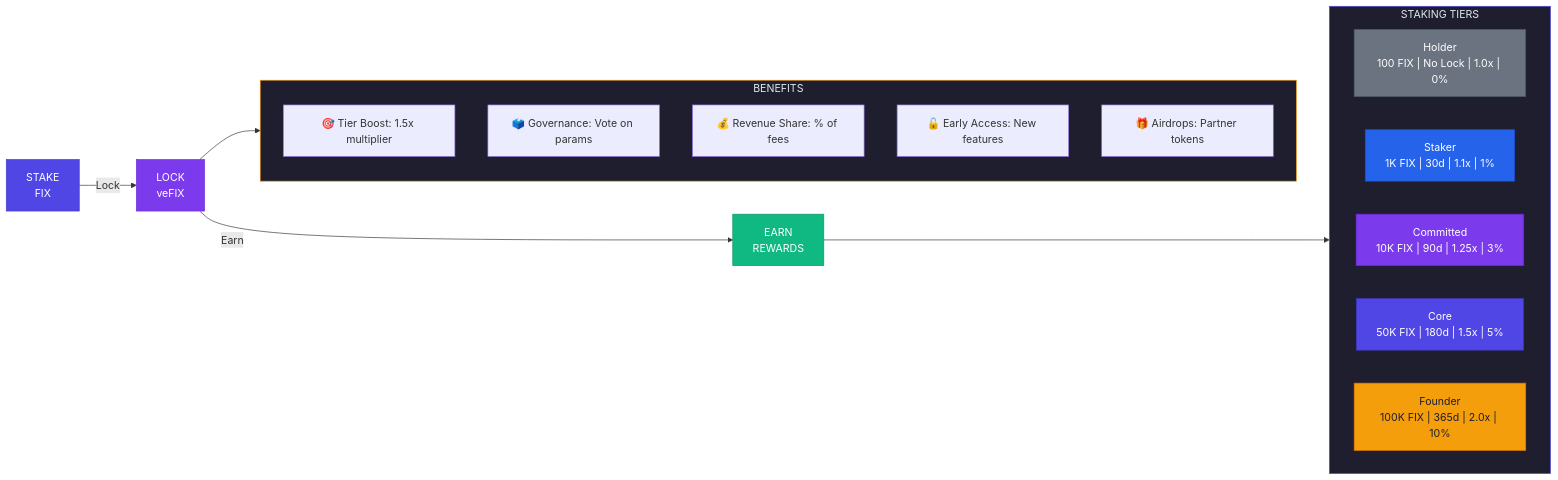
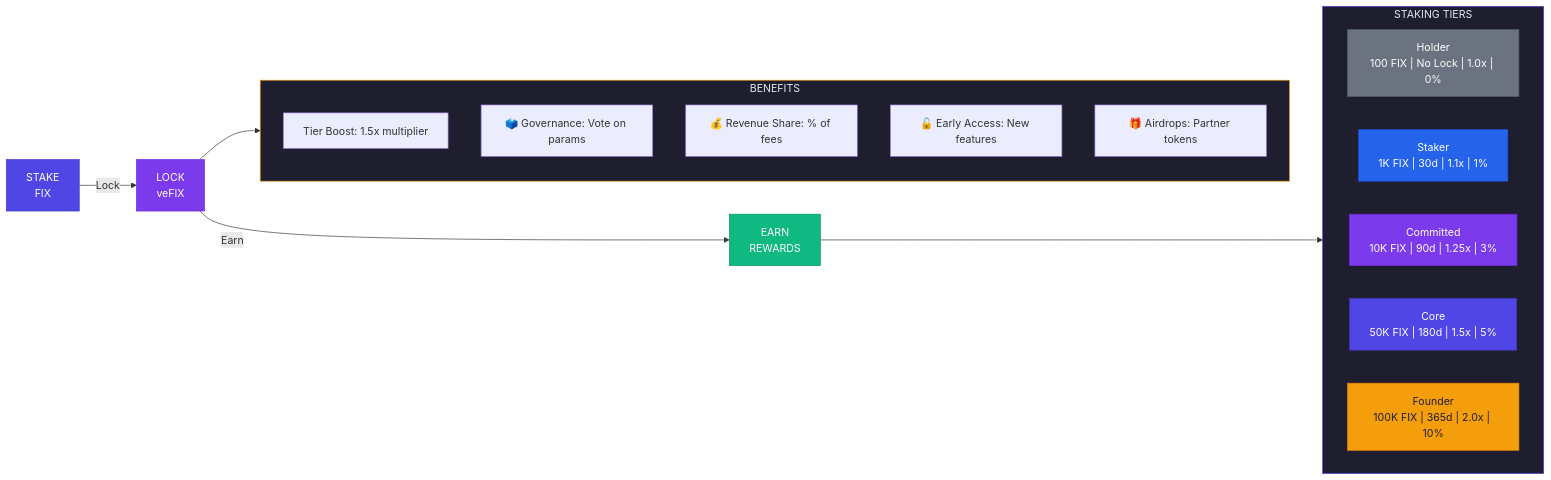
One commit to guglxni/the-fixer-hook changed the third of 13 diagrams in docs/ENHANCEMENT_BRAINSTORM.md. Above: the diagram before and after it, drawn with Mermaid. The commit also changed other lines of this file and 15 other files, not shown here.

````diff
--- a/docs/ENHANCEMENT_BRAINSTORM.md
+++ b/docs/ENHANCEMENT_BRAINSTORM.md
@@ -150,35 +150,35 @@
 ```mermaid
 flowchart LR
     STAKE["STAKE\nFIX"] -->|Lock| LOCK["LOCK\nveFIX"] -->|Earn| EARN["EARN\nREWARDS"]
     LOCK --> BENEFITS
 
     subgraph BENEFITS["BENEFITS"]
-        B1["🎯 Tier Boost: 1.5x multiplier"]
+        B1["Tier Boost: 1.5x multiplier"]
         B2["🗳️ Governance: Vote on params"]
         B3["💰 Revenue Share: % of fees"]
         B4["🔓 Early Access: New features"]
         B5["🎁 Airdrops: Partner tokens"]
     end
 
     subgraph TIERS["STAKING TIERS"]
         direction LR
         T1["Holder\n100 FIX | No Lock | 1.0x | 0%"]
         T2["Staker\n1K FIX | 30d | 1.1x | 1%"]
         T3["Committed\n10K FIX | 90d | 1.25x | 3%"]
         T4["Core\n50K FIX | 180d | 1.5x | 5%"]
         T5["Founder\n100K FIX | 365d | 2.0x | 10%"]
     end
 
     EARN --> TIERS
 
     style STAKE fill:#4F46E5,color:#FFFFFF,stroke:#4338CA
     style LOCK fill:#7C3AED,color:#FFFFFF,stroke:#6D28D9
     style EARN fill:#10B981,color:#FFFFFF,stroke:#059669
     style BENEFITS fill:#1E1E2E,color:#E2E8F0,stroke:#F59E0B
     style TIERS fill:#1E1E2E,color:#E2E8F0,stroke:#4F46E5
     style T1 fill:#6B7280,color:#FFFFFF,stroke:#4B5563
     style T2 fill:#2563EB,color:#FFFFFF,stroke:#1D4ED8
     style T3 fill:#7C3AED,color:#FFFFFF,stroke:#6D28D9
     style T4 fill:#4F46E5,color:#FFFFFF,stroke:#4338CA
     style T5 fill:#F59E0B,color:#1E1E2E,stroke:#D97706
 ```
````
